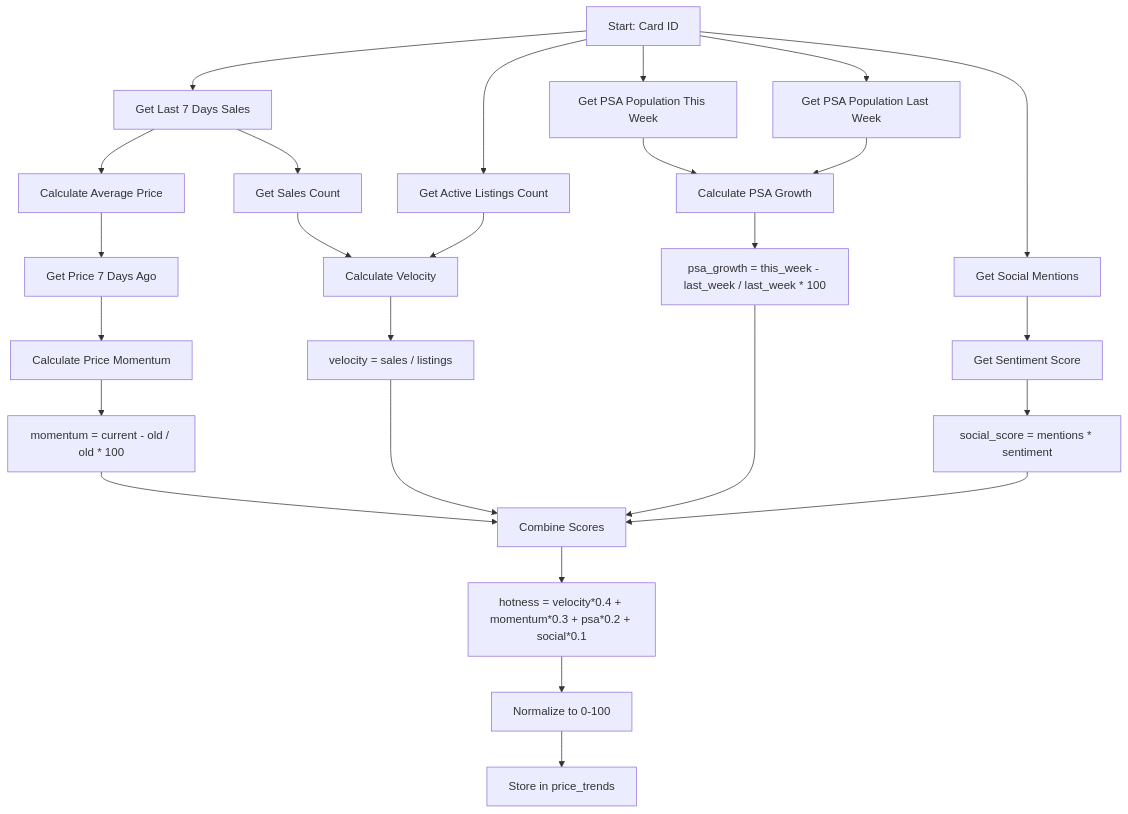
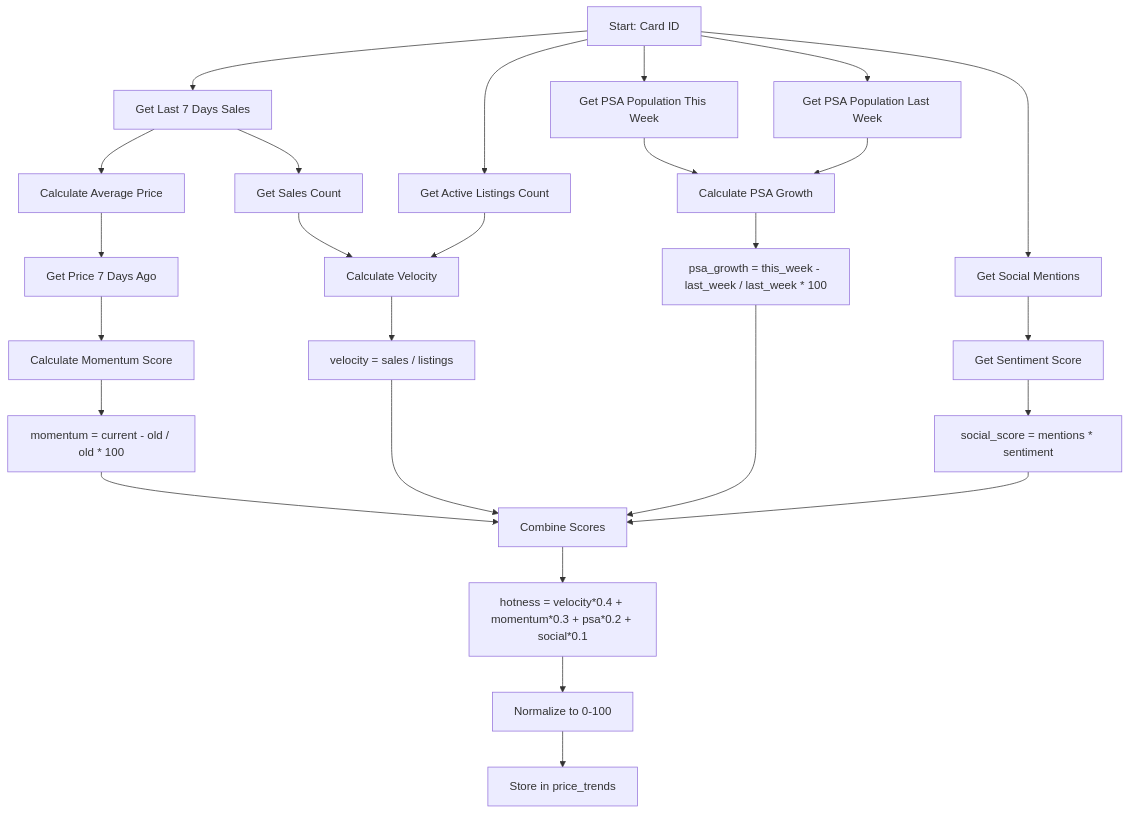
One commit to tweedledee101/TradingCards changed the seventh of 8 diagrams in docs/architecture/diagrams/data-flow.md. Above: the diagram before and after it, drawn with Mermaid. The commit also changed other lines of this file and 42 other files, not shown here.

````diff
--- a/docs/architecture/diagrams/data-flow.md
+++ b/docs/architecture/diagrams/data-flow.md
@@ -161,34 +242,34 @@
 ```mermaid
 graph TD
     A[Start: Card ID] --> B[Get Last 7 Days Sales]
     B --> C[Calculate Average Price]
     
     C --> D[Get Price 7 Days Ago]
-    D --> E[Calculate Price Momentum]
+    D --> E[Calculate Momentum Score]
     E --> F[momentum = current - old / old * 100]
     
     A --> G[Get Active Listings Count]
     B --> H[Get Sales Count]
     G --> I[Calculate Velocity]
     H --> I
     I --> J[velocity = sales / listings]
     
     A --> K[Get PSA Population This Week]
     A --> L[Get PSA Population Last Week]
     K --> M[Calculate PSA Growth]
     L --> M
     M --> N[psa_growth = this_week - last_week / last_week * 100]
     
     A --> O[Get Social Mentions]
     O --> P[Get Sentiment Score]
     P --> Q[social_score = mentions * sentiment]
     
     F --> R[Combine Scores]
     J --> R
     N --> R
     Q --> R
     
     R --> S[hotness = velocity*0.4 + momentum*0.3 + psa*0.2 + social*0.1]
     S --> T[Normalize to 0-100]
     T --> U[Store in price_trends]
 ```
````
